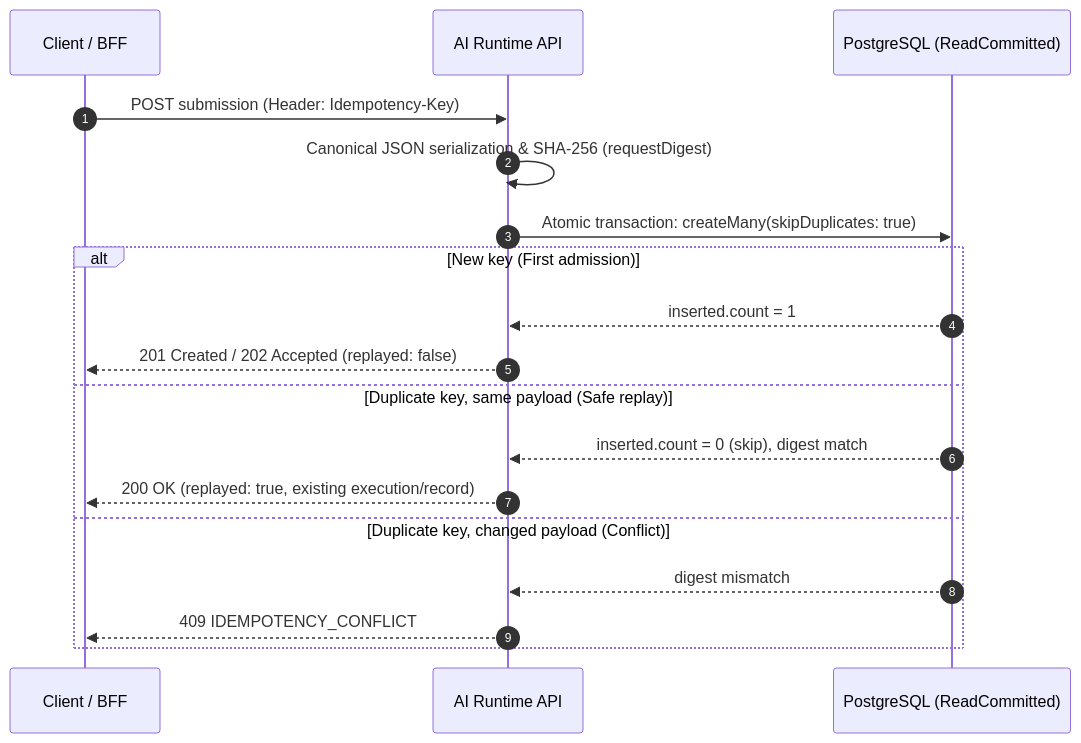
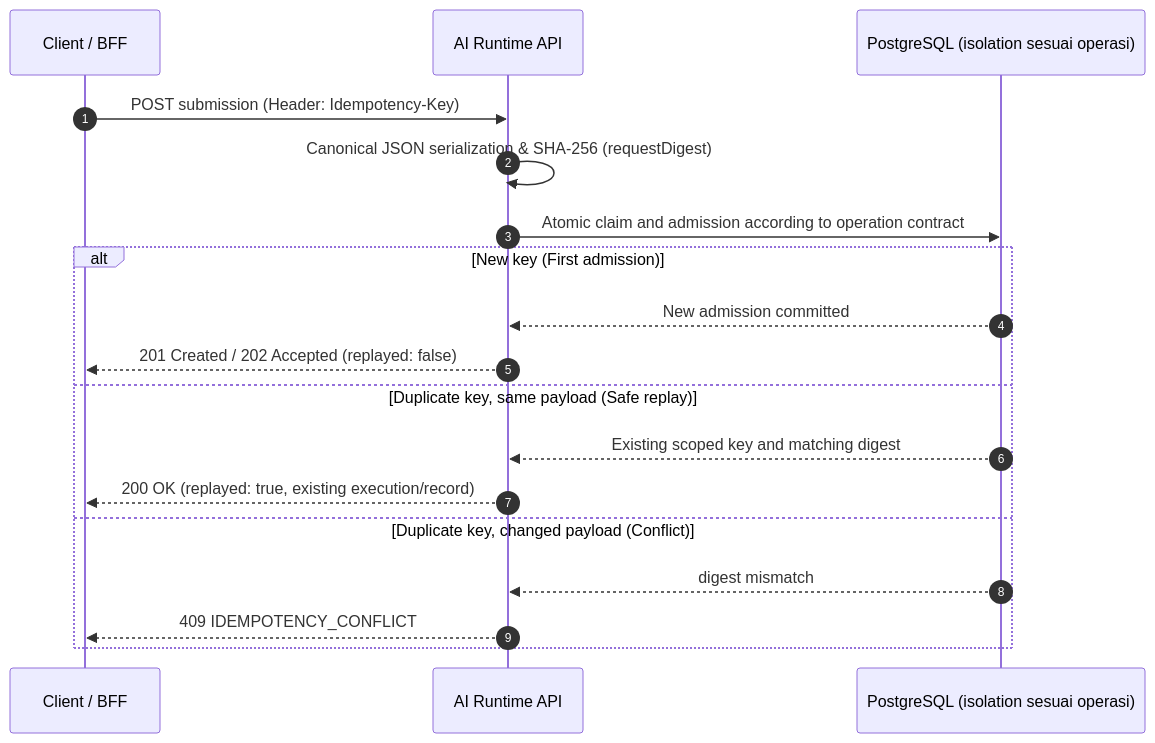
Before and after one commit to anshacerbia2/ai-runtime-platform: the diagram in docs/contracts/API.md, drawn with Mermaid. The commit also changed other lines of this file and 196 other files, not shown here.

````diff
--- a/docs/contracts/API.md
+++ b/docs/contracts/API.md
@@ -155,21 +163,21 @@
 ```mermaid
 sequenceDiagram
     autonumber
     participant C as Client / BFF
     participant API as AI Runtime API
-    participant DB as PostgreSQL (ReadCommitted)
+    participant DB as PostgreSQL (isolation sesuai operasi)
 
     C->>API: POST submission (Header: Idempotency-Key)
     API->>API: Canonical JSON serialization & SHA-256 (requestDigest)
-    API->>DB: Atomic transaction: createMany(skipDuplicates: true)
+    API->>DB: Atomic claim and admission according to operation contract
     alt New key (First admission)
-        DB-->>API: inserted.count = 1
+        DB-->>API: New admission committed
         API-->>C: 201 Created / 202 Accepted (replayed: false)
     else Duplicate key, same payload (Safe replay)
-        DB-->>API: inserted.count = 0 (skip), digest match
+        DB-->>API: Existing scoped key and matching digest
         API-->>C: 200 OK (replayed: true, existing execution/record)
     else Duplicate key, changed payload (Conflict)
         DB-->>API: digest mismatch
         API-->>C: 409 IDEMPOTENCY_CONFLICT
     end
 ```
````
